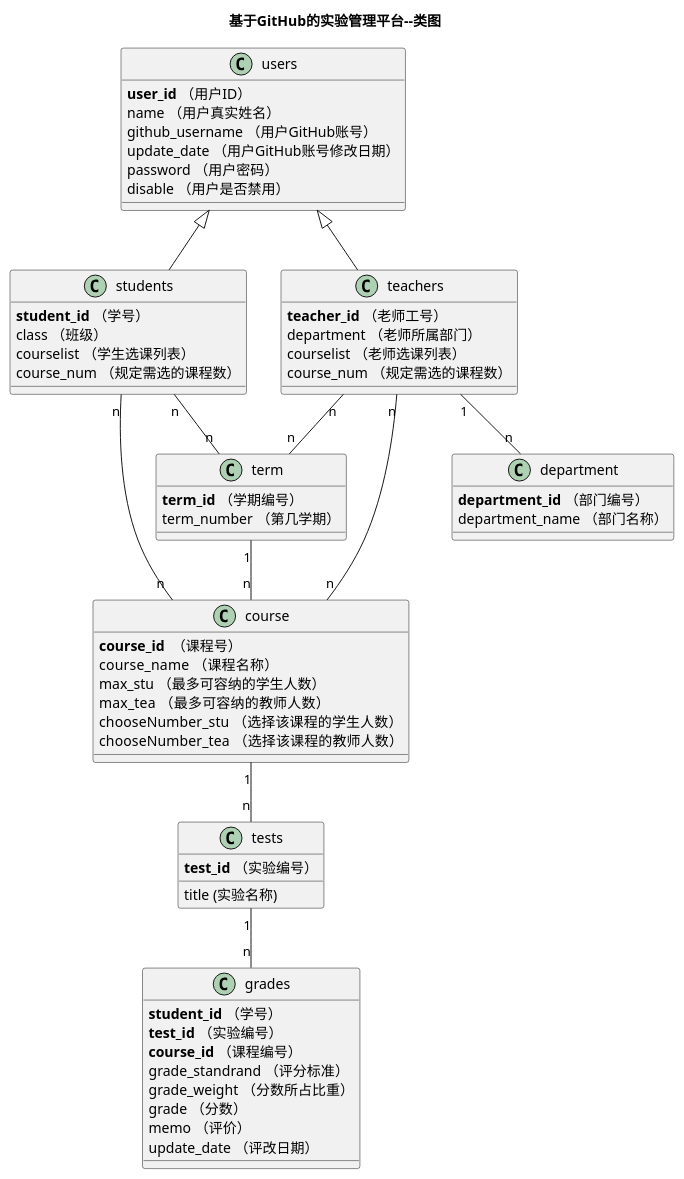
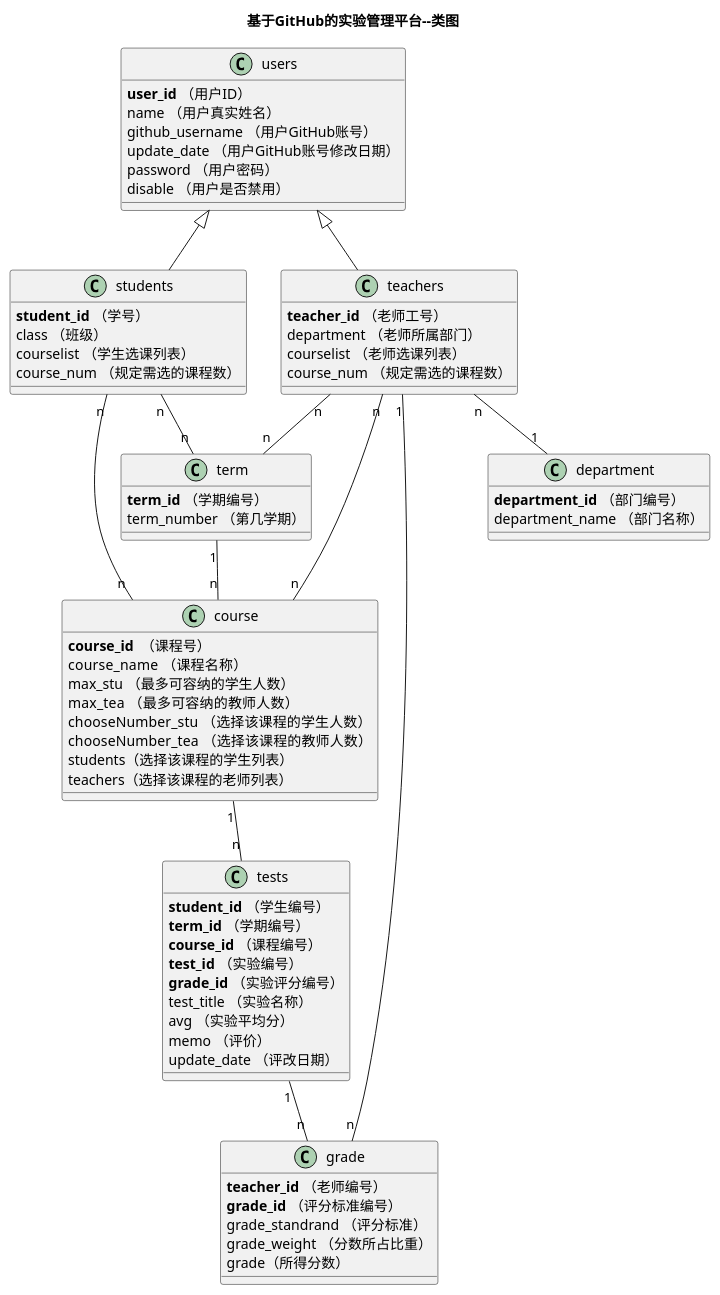
The diagram in test6/src/class.puml (201510414128/is_analysis-1), drawn with PlantUML before and after one commit.

```diff
--- a/test6/src/class.puml
+++ b/test6/src/class.puml
@@ -1,64 +1,71 @@
 @startuml
 title 基于GitHub的实验管理平台--类图
 class users {
     <b>user_id</b> （用户ID）
     name （用户真实姓名）
     github_username （用户GitHub账号）
     update_date （用户GitHub账号修改日期）
     password （用户密码）
     disable （用户是否禁用）
 }
 class teachers{
     <b>teacher_id</b> （老师工号）
     department （老师所属部门）
     courselist （老师选课列表）
     course_num （规定需选的课程数）
 }
 class students{
     <b>student_id</b> （学号）
     class （班级）
     courselist （学生选课列表）
     course_num （规定需选的课程数）
 }
 users <|- students
 users <|-- teachers
 class course{
     <b>course_id</b>  （课程号）
     course_name  （课程名称）
     max_stu （最多可容纳的学生人数）
     max_tea  （最多可容纳的教师人数）
     chooseNumber_stu  （选择该课程的学生人数）
     chooseNumber_tea  （选择该课程的教师人数）
+    students（选择该课程的学生列表）
+    teachers（选择该课程的老师列表）
 }
-class grades {
-    <b>student_id</b> （学号）
-    <b>test_id</b> （实验编号）
-    <b>course_id</b> （课程编号）
+class grade {
+    <b>teacher_id</b> （老师编号）
+    <b>grade_id</b> （评分标准编号）
     grade_standrand （评分标准）
     grade_weight （分数所占比重）
-    grade （分数）
+    grade（所得分数）
+}
+class tests {
+    <b>student_id</b> （学生编号）
+    <b>term_id</b> （学期编号）
+    <b>course_id</b> （课程编号）
+    <b>test_id</b> （实验编号）
+    <b>grade_id</b> （实验评分编号）
+    test_title （实验名称）
+    avg （实验平均分）
     memo （评价）
     update_date （评改日期）
-}
-class tests {
-    <b>test_id</b> （实验编号）
-    title (实验名称)
 }
 class term{
     <b>term_id</b> （学期编号）
     term_number （第几学期）
 }
 class department{
     <b>department_id</b> （部门编号）
     department_name （部门名称）
 }
 students "n" -- "n"  course
-tests "1" -- "n"  grades
+tests "1" -- "n"  grade
 course "1" -- "n"  tests
 teachers "n" -- "n"  course
 term "1" -- "n"  course
 students "n" -- "n"  term
 teachers "n" -- "n"  term
-teachers "1" -- "n"  department
+teachers "n" -- "1"  department
+teachers "1" -- "n"  grade
 
 @enduml
```
